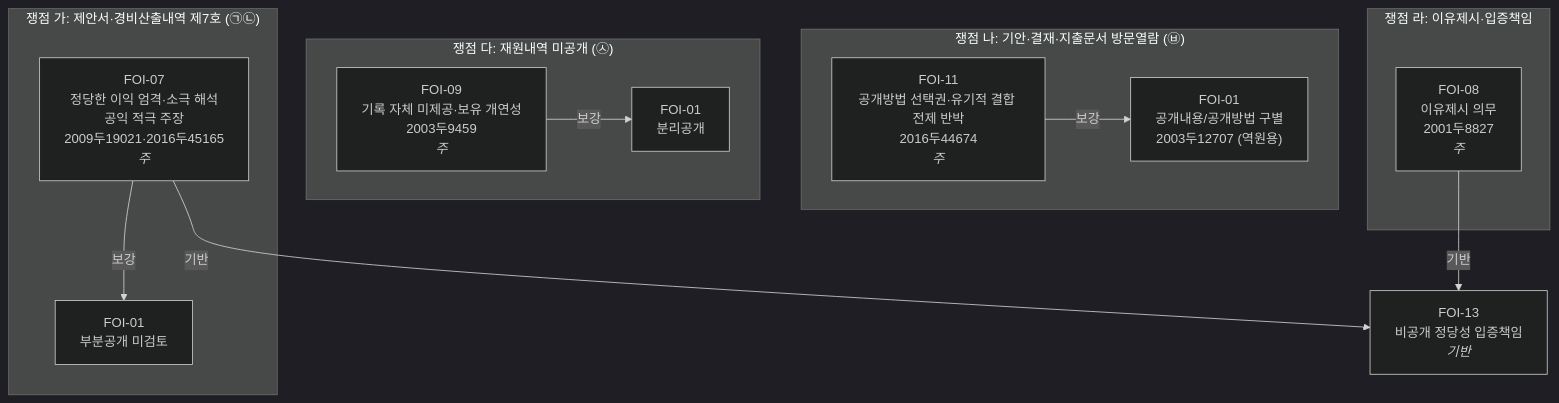
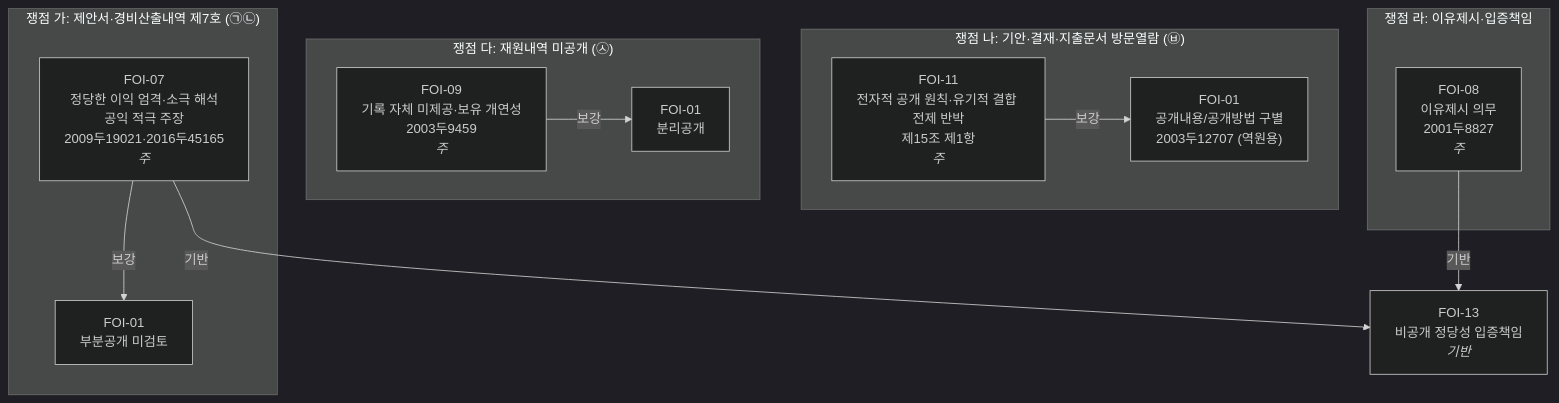
One commit to MegasKomnenos/legal-harness changed the diagram in cases/02_대동제/archive/법리그래프_보충서면_2026-10986.md. Above: the diagram before and after it, drawn with Mermaid (dark theme). The commit also changed other lines of this file and 4 other files, not shown here.

````diff
--- a/cases/02_대동제/archive/법리그래프_보충서면_2026-10986.md
+++ b/cases/02_대동제/archive/법리그래프_보충서면_2026-10986.md
@@ -117,24 +117,24 @@
 ```mermaid
 graph TD
   subgraph 쟁점가["쟁점 가: 제안서·경비산출내역 제7호 (㉠㉡)"]
     A["FOI-07<br/>정당한 이익 엄격·소극 해석<br/>공익 적극 주장<br/>2009두19021·2016두45165<br/><i>주</i>"]
     A1["FOI-01<br/>부분공개 미검토"]
     A -->|보강| A1
   end
   subgraph 쟁점나["쟁점 나: 기안·결재·지출문서 방문열람 (㉥)"]
-    B["FOI-11<br/>공개방법 선택권·유기적 결합 전제 반박<br/>2016두44674<br/><i>주</i>"]
+    B["FOI-11<br/>전자적 공개 원칙·유기적 결합 전제 반박<br/>제15조 제1항<br/><i>주</i>"]
     B1["FOI-01<br/>공개내용/공개방법 구별<br/>2003두12707 (역원용)"]
     B -->|보강| B1
   end
   subgraph 쟁점다["쟁점 다: 재원내역 미공개 (㉦)"]
     C["FOI-09<br/>기록 자체 미제공·보유 개연성<br/>2003두9459<br/><i>주</i>"]
     C1["FOI-01<br/>분리공개"]
     C -->|보강| C1
   end
   subgraph 쟁점라["쟁점 라: 이유제시·입증책임"]
     F["FOI-08<br/>이유제시 의무<br/>2001두8827<br/><i>주</i>"]
   end
   G["FOI-13<br/>비공개 정당성 입증책임<br/><i>기반</i>"]
   A -->|기반| G
   F -->|기반| G
 ```
````
